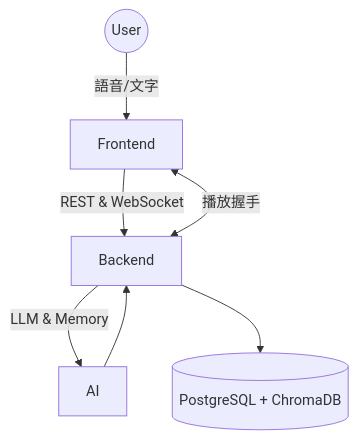
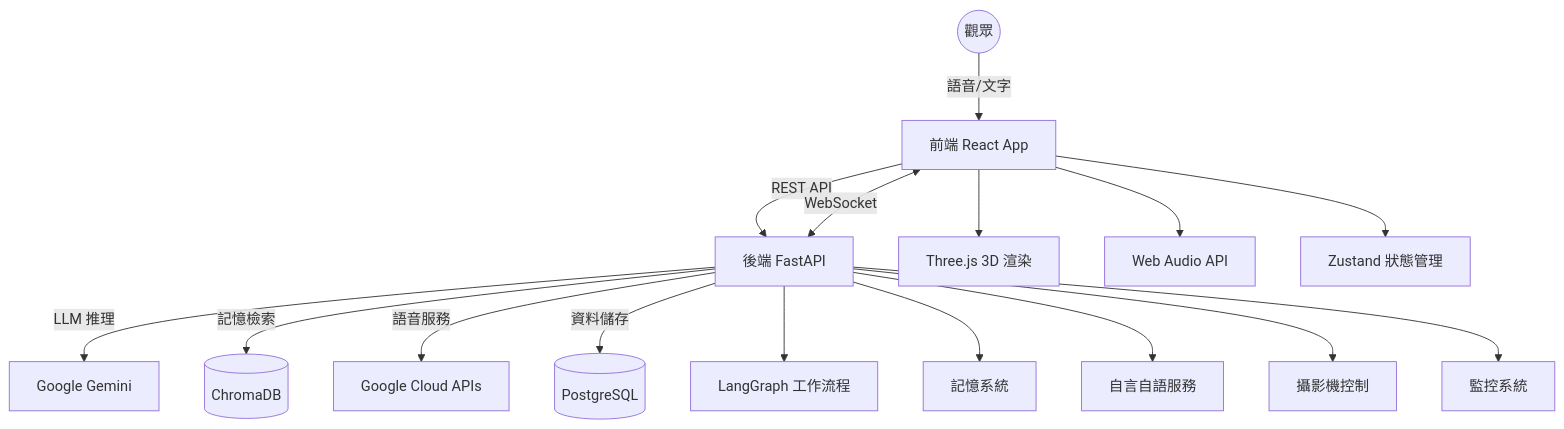
One commit to eggyy1224/space_live_project changed the diagram in README.md. Above: the diagram before and after it, drawn with Mermaid. The commit also changed other lines of this file and 4 other files, not shown here.

````diff
--- a/README.md
+++ b/README.md
@@ -95,9 +113,20 @@
 ```mermaid
 flowchart TD
-    User((User)) -->|語音/文字| Frontend
-    Frontend -->|REST & WebSocket| Backend
-    Backend -->|LLM & Memory| AI
-    Backend --> Database[(PostgreSQL + ChromaDB)]
-    AI --> Backend
-    Frontend <-->|播放握手| Backend
+    User((觀眾)) -->|語音/文字| Frontend[前端 React App]
+    Frontend -->|REST API| Backend[後端 FastAPI]
+    Frontend <-->|WebSocket| Backend
+    Backend -->|LLM 推理| Gemini[Google Gemini]
+    Backend -->|記憶檢索| ChromaDB[(ChromaDB)]
+    Backend -->|語音服務| GoogleCloud[Google Cloud APIs]
+    Backend -->|資料儲存| PostgreSQL[(PostgreSQL)]
+    
+    Frontend --> ThreeJS[Three.js 3D 渲染]
+    Frontend --> Audio[Web Audio API]
+    Frontend --> State[Zustand 狀態管理]
+    
+    Backend --> LangGraph[LangGraph 工作流程]
+    Backend --> Memory[記憶系統]
+    Backend --> Murmur[自言自語服務]
+    Backend --> Camera[攝影機控制]
+    Backend --> Monitor[監控系統]
 ```
````
